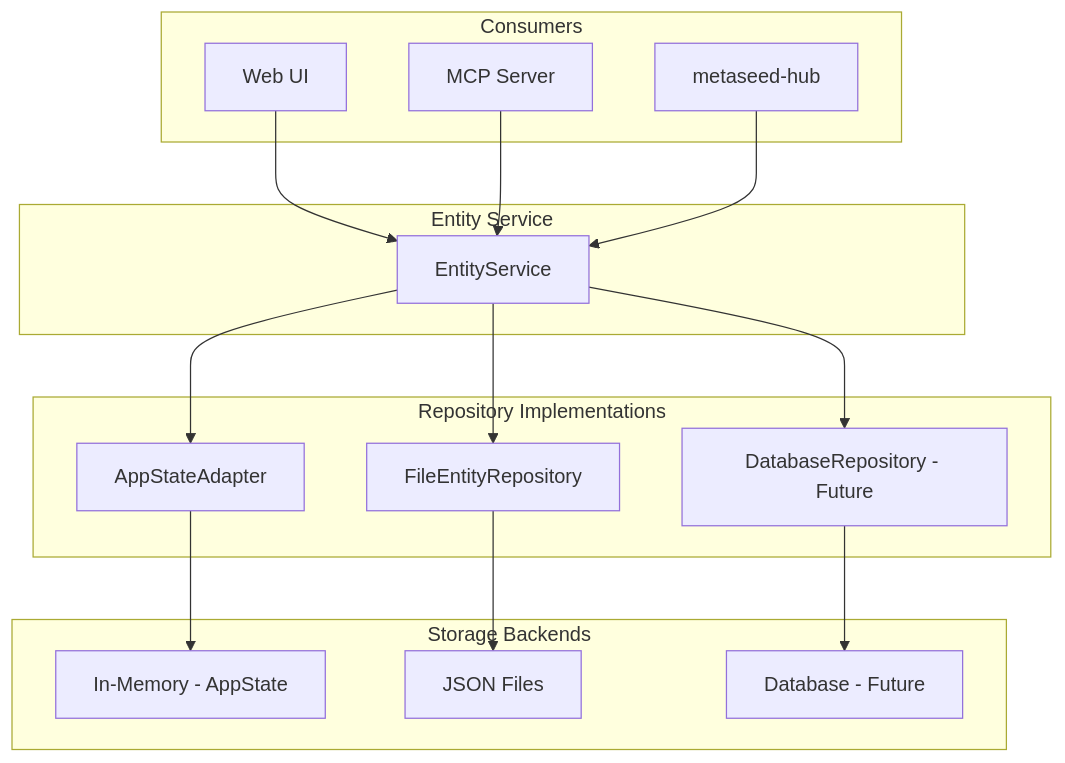
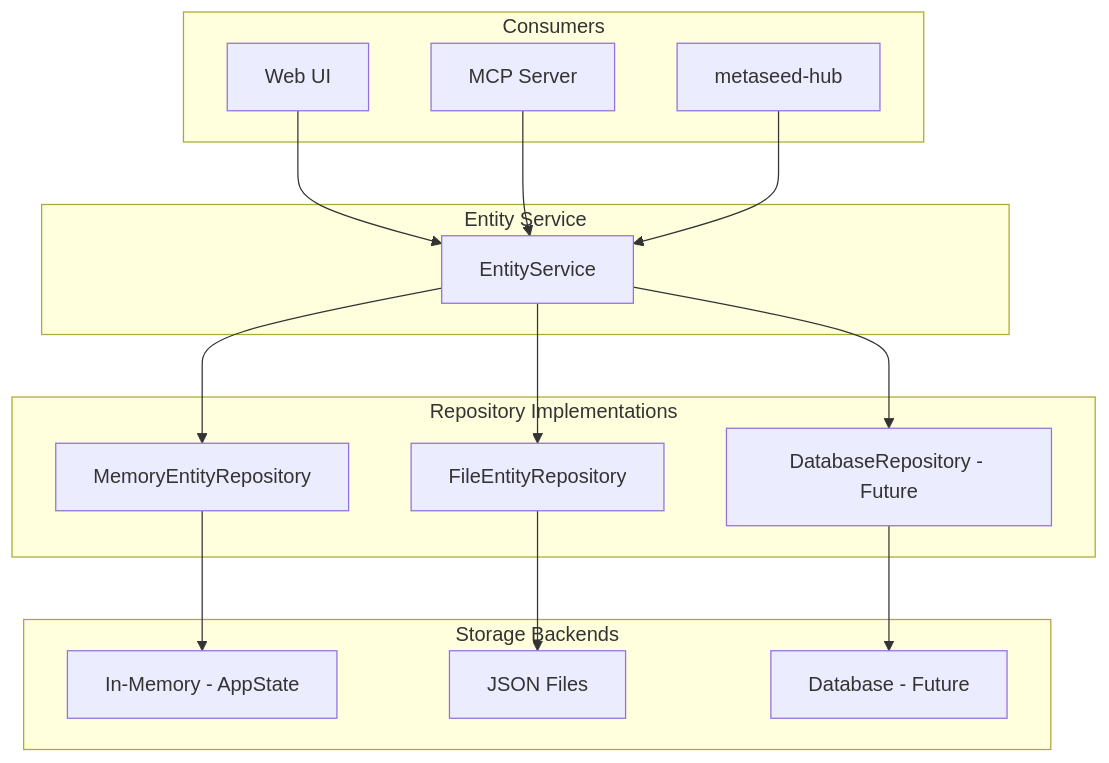
The diagram in docs/architecture/entity-repository.md (sorenwacker/metaseed), drawn with Mermaid before and after one commit. The commit also changed other lines of this file and 32 other files, not shown here.

````diff
--- a/docs/architecture/entity-repository.md
+++ b/docs/architecture/entity-repository.md
@@ -7,36 +7,36 @@
 ```mermaid
 graph TB
     subgraph Consumers
         UI[Web UI]
         MCP[MCP Server]
         Hub[metaseed-hub]
     end
 
     subgraph Service["Entity Service"]
         ES[EntityService]
     end
 
     subgraph Repositories["Repository Implementations"]
-        ASA[AppStateAdapter]
+        MER[MemoryEntityRepository]
         FER[FileEntityRepository]
         DBR[DatabaseRepository - Future]
     end
 
     subgraph Storage["Storage Backends"]
         MEM[In-Memory - AppState]
         FILE[JSON Files]
         DB[Database - Future]
     end
 
     UI --> ES
     MCP --> ES
     Hub --> ES
 
-    ES --> ASA
+    ES --> MER
     ES --> FER
     ES --> DBR
 
-    ASA --> MEM
+    MER --> MEM
     FER --> FILE
     DBR --> DB
 ```
````
